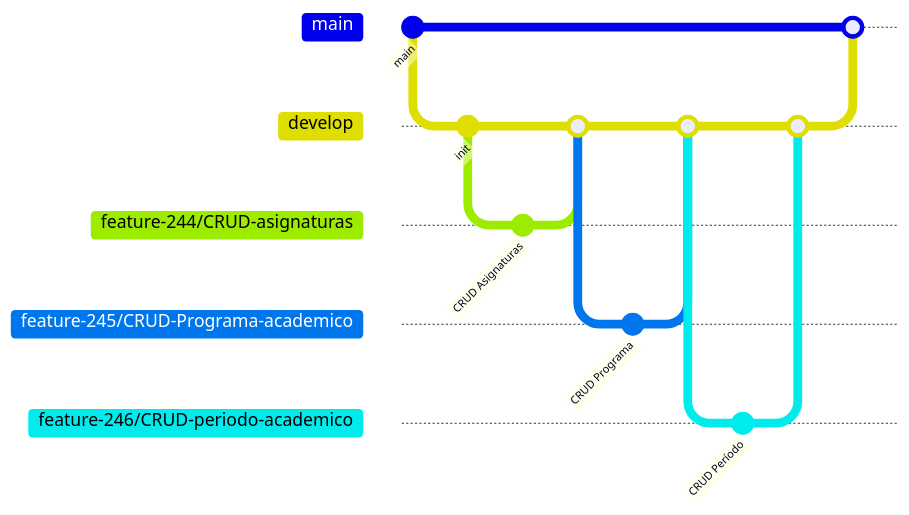
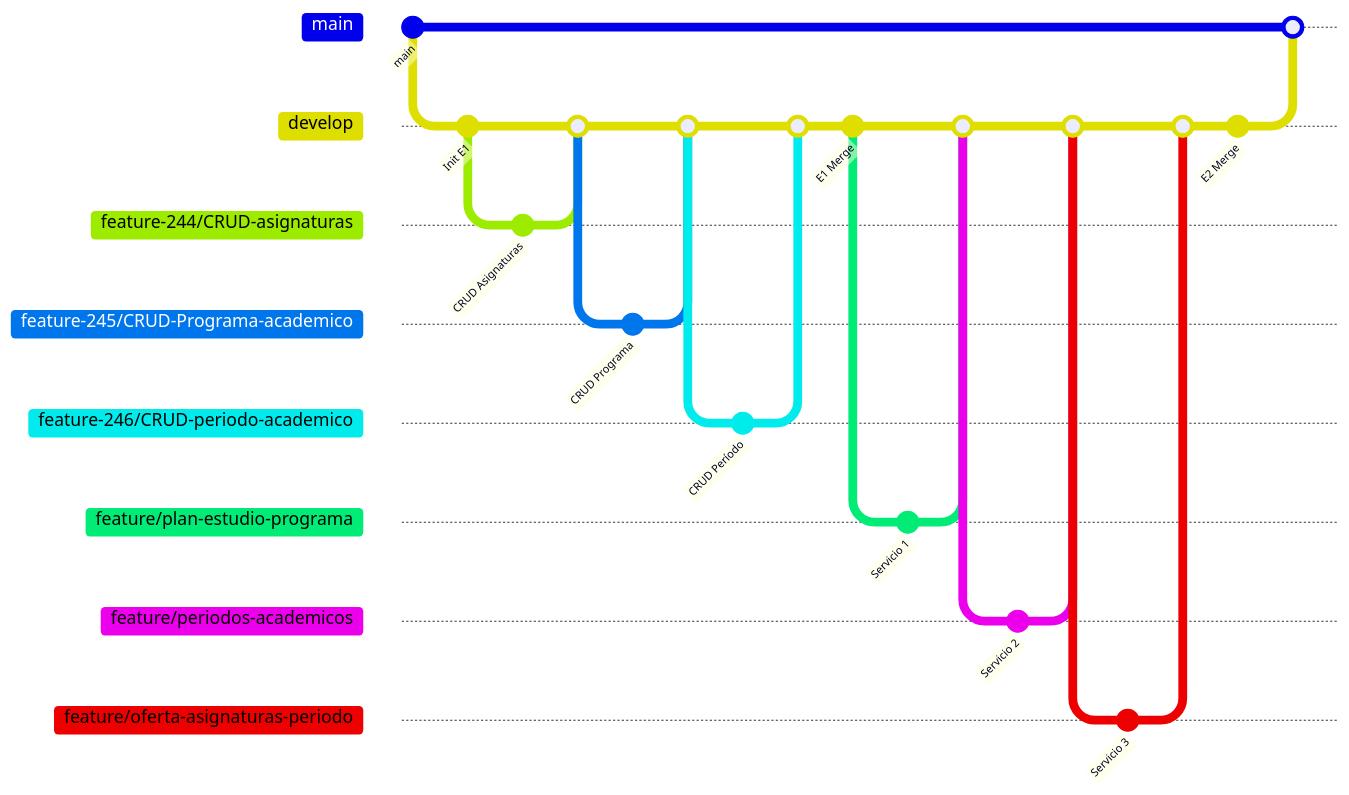
The diagram in README.md (Inexsu-Coordinadora/AcaDigital), drawn with Mermaid before and after one commit. The commit also changed other lines of this file, not shown here.

````diff
--- a/README.md
+++ b/README.md
@@ -140,24 +195,48 @@
 ```mermaid
 gitGraph
-  commit id: "main"
-  branch develop
-  checkout develop
-  commit id: "init"
-  branch feature-244/CRUD-asignaturas
-  checkout feature-244/CRUD-asignaturas
-  commit id: "CRUD Asignaturas"
-  checkout develop
-  merge feature-244/CRUD-asignaturas
-  branch feature-245/CRUD-Programa-academico
-  checkout feature-245/CRUD-Programa-academico
-  commit id: "CRUD Programa"
-  checkout develop
-  merge feature-245/CRUD-Programa-academico
-  branch feature-246/CRUD-periodo-academico
-  checkout feature-246/CRUD-periodo-academico
-  commit id: "CRUD Período"
-  checkout develop
-  merge feature-246/CRUD-periodo-academico
-  checkout main
-  merge develop
+    commit id: "main"
+    branch develop
+    checkout develop
+    commit id: "Init E1"
+    
+    branch feature-244/CRUD-asignaturas
+    checkout feature-244/CRUD-asignaturas
+    commit id: "CRUD Asignaturas"
+    checkout develop
+    merge feature-244/CRUD-asignaturas
+    
+    branch feature-245/CRUD-Programa-academico
+    checkout feature-245/CRUD-Programa-academico
+    commit id: "CRUD Programa"
+    checkout develop
+    merge feature-245/CRUD-Programa-academico
+    
+    branch feature-246/CRUD-periodo-academico
+    checkout feature-246/CRUD-periodo-academico
+    commit id: "CRUD Período"
+    checkout develop
+    merge feature-246/CRUD-periodo-academico
+    commit id: "E1 Merge"
+    
+    branch feature/plan-estudio-programa
+    checkout feature/plan-estudio-programa
+    commit id: "Servicio 1"
+    checkout develop
+    merge feature/plan-estudio-programa
+    
+    branch feature/periodos-academicos
+    checkout feature/periodos-academicos
+    commit id: "Servicio 2"
+    checkout develop
+    merge feature/periodos-academicos
+    
+    branch feature/oferta-asignaturas-periodo
+    checkout feature/oferta-asignaturas-periodo
+    commit id: "Servicio 3"
+    checkout develop
+    merge feature/oferta-asignaturas-periodo
+    commit id: "E2 Merge"
+
+    checkout main
+    merge develop
 ```
````
